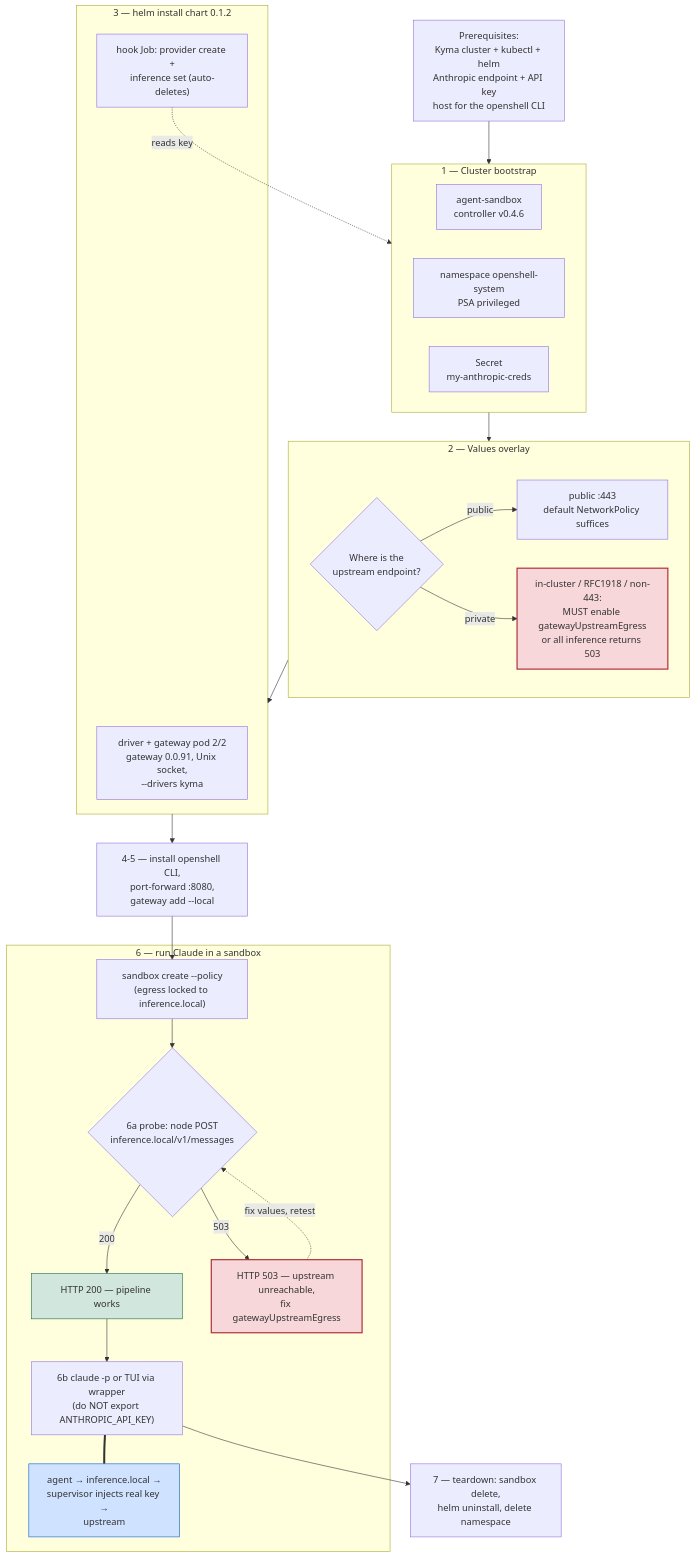
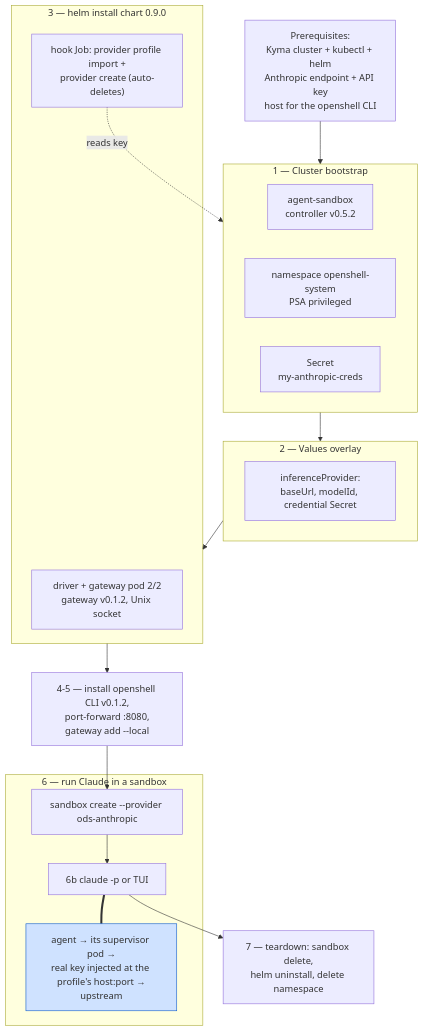
Before and after one commit to st-gr/openshell-driver-kyma: the diagram in docs/tutorial-anthropic-direct.md, drawn with Mermaid. The commit also changed other lines of this file and 117 other files, not shown here.

First line of the commit message:
feat!: upstream Kubernetes driver parity (v0.9.0) (#73)

````diff
--- a/docs/tutorial-anthropic-direct.md
+++ b/docs/tutorial-anthropic-direct.md
@@ -8,56 +8,42 @@
 ```mermaid
 flowchart TB
     P["Prerequisites:<br/>Kyma cluster + kubectl + helm<br/>Anthropic endpoint + API key<br/>host for the openshell CLI"]
 
     subgraph S1["1 — Cluster bootstrap"]
         direction LR
-        C1["agent-sandbox<br/>controller v0.4.6"]
+        C1["agent-sandbox<br/>controller v0.5.2"]
         C2["namespace openshell-system<br/>PSA privileged"]
         C3["Secret<br/>my-anthropic-creds"]
     end
 
     subgraph S2["2 — Values overlay"]
-        V{"Where is the<br/>upstream endpoint?"}
-        VPUB["public :443<br/>default NetworkPolicy suffices"]
-        VPRIV["in-cluster / RFC1918 / non-443:<br/>MUST enable gatewayUpstreamEgress<br/>or all inference returns 503"]
+        V["inferenceProvider:<br/>baseUrl, modelId, credential Secret"]
     end
 
-    subgraph S3["3 — helm install chart 0.1.2"]
-        POD["driver + gateway pod 2/2<br/>gateway 0.0.91, Unix socket,<br/>--drivers kyma"]
-        HOOK["hook Job: provider create +<br/>inference set (auto-deletes)"]
+    subgraph S3["3 — helm install chart 0.9.0"]
+        POD["driver + gateway pod 2/2<br/>gateway v0.1.2, Unix socket"]
+        HOOK["hook Job: provider profile import +<br/>provider create (auto-deletes)"]
     end
 
-    S45["4-5 — install openshell CLI,<br/>port-forward :8080,<br/>gateway add --local"]
+    S45["4-5 — install openshell CLI v0.1.2,<br/>port-forward :8080,<br/>gateway add --local"]
 
     subgraph S6["6 — run Claude in a sandbox"]
-        CREATE["sandbox create --policy<br/>(egress locked to inference.local)"]
-        PROBE{"6a probe: node POST<br/>inference.local/v1/messages"}
-        OK["HTTP 200 — pipeline works"]
-        E503["HTTP 503 — upstream unreachable,<br/>fix gatewayUpstreamEgress"]
-        RUN["6b claude -p or TUI via wrapper<br/>(do NOT export ANTHROPIC_API_KEY)"]
-        PATH["agent → inference.local →<br/>supervisor injects real key →<br/>upstream"]
+        CREATE["sandbox create --provider ods-anthropic"]
+        RUN["6b claude -p or TUI"]
+        PATH["agent → its supervisor pod →<br/>real key injected at the profile's host:port →<br/>upstream"]
     end
 
     S7["7 — teardown: sandbox delete,<br/>helm uninstall, delete namespace"]
 
     P --> S1
     S1 --> S2
-    V -->|public| VPUB
-    V -->|private| VPRIV
     S2 --> S3
     HOOK -.reads key.-> C3
     S3 --> S45
     S45 --> CREATE
-    CREATE --> PROBE
-    PROBE -->|200| OK
-    OK --> RUN
+    CREATE --> RUN
     RUN === PATH
-    PROBE -->|503| E503
-    E503 -.fix values, retest.-> PROBE
     RUN --> S7
 
-    style VPRIV fill:#f8d7da,stroke:#b02a37,stroke-width:2px
-    style E503 fill:#f8d7da,stroke:#b02a37,stroke-width:2px
-    style OK fill:#d1e7dd,stroke:#146c43
     style PATH fill:#cfe2ff,stroke:#0a58ca
 ```
````
